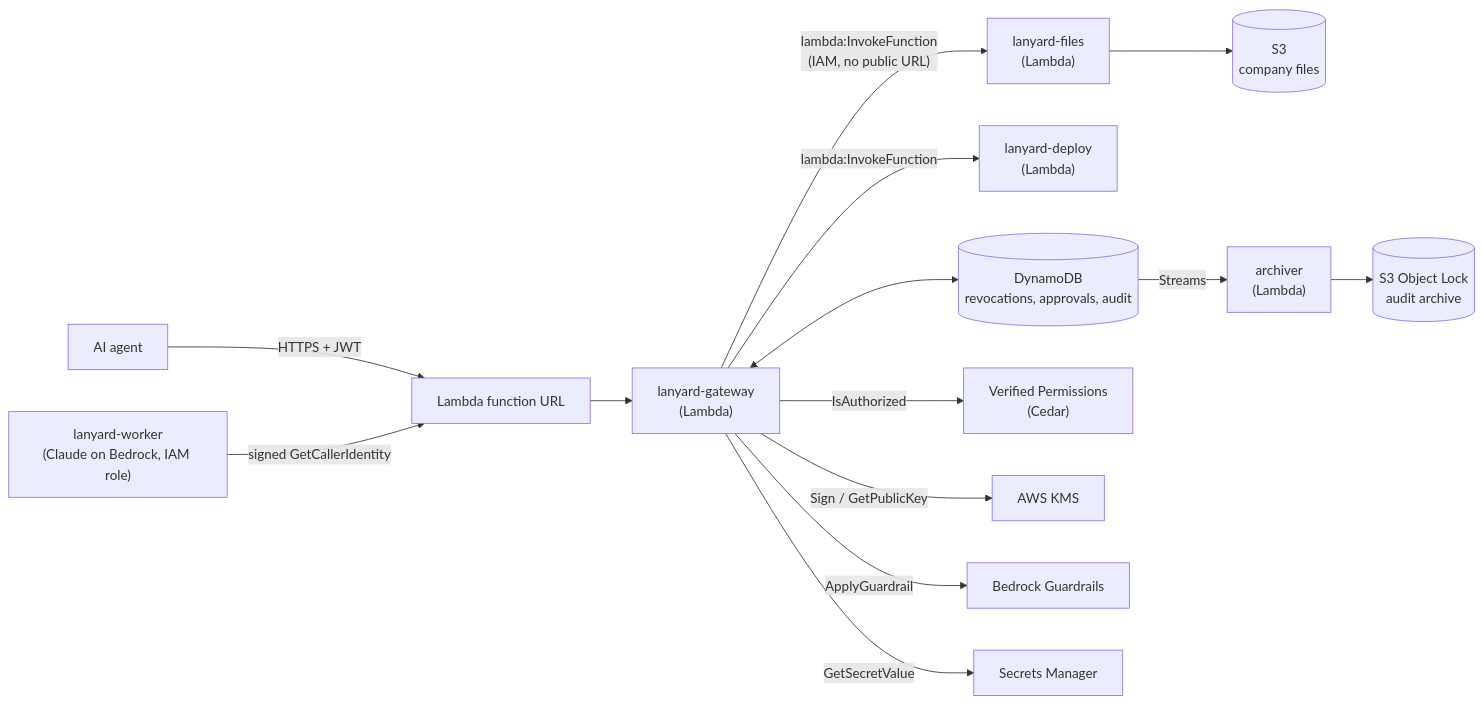
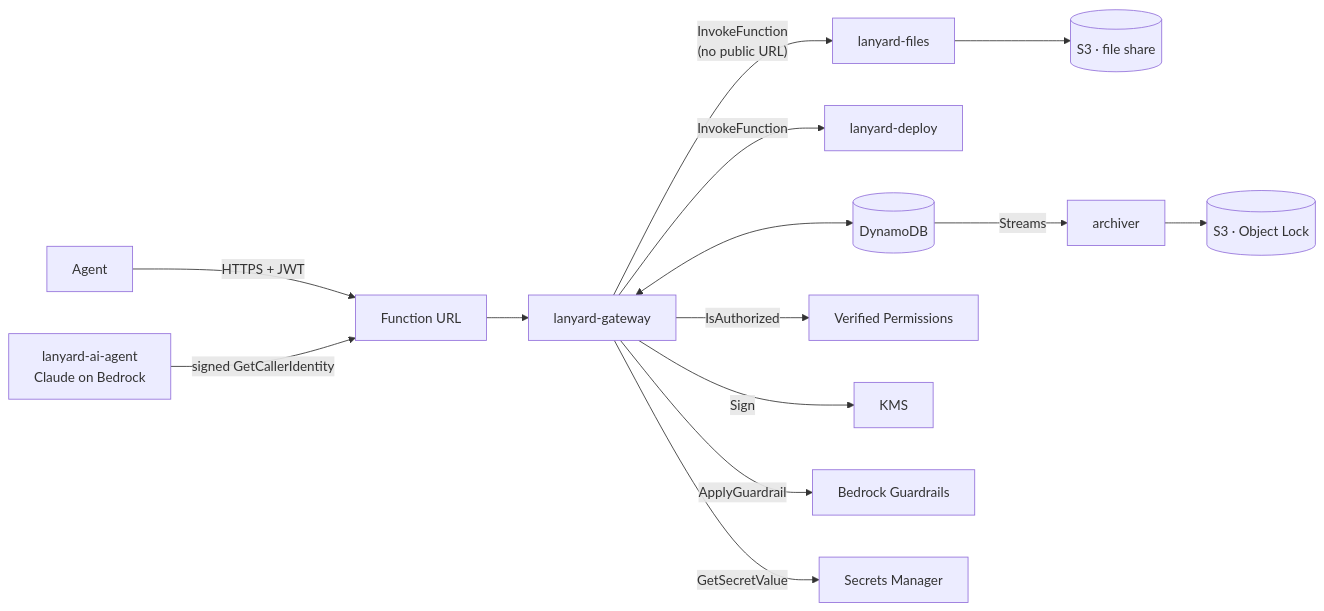
Before and after one commit to akrai37/Lanyard: the third of 3 diagrams in README.md, drawn with Mermaid. The commit also changed other lines of this file, not shown here.

Commit message:
README: rewrite around the design, request path, identity, Cedar policy, revocation guarantees, threat model

````diff
--- a/README.md
+++ b/README.md
@@ -129,15 +163,15 @@
 ```mermaid
 flowchart LR
-    A["AI agent"] -- "HTTPS + JWT" --> U["Lambda function URL"]
-    U --> G["lanyard-gateway<br/>(Lambda)"]
-    G -- "lambda:InvokeFunction<br/>(IAM, no public URL)" --> F["lanyard-files<br/>(Lambda)"]
-    G -- "lambda:InvokeFunction" --> D["lanyard-deploy<br/>(Lambda)"]
-    F --> S3[("S3<br/>company files")]
-    G <--> T[("DynamoDB<br/>revocations, approvals, audit")]
-    G -- "IsAuthorized" --> AVP["Verified Permissions<br/>(Cedar)"]
-    G -- "Sign / GetPublicKey" --> K["AWS KMS"]
+    A["Agent"] -- "HTTPS + JWT" --> U["Function URL"]
+    U --> G["lanyard-gateway"]
+    G -- "InvokeFunction<br/>(no public URL)" --> F["lanyard-files"]
+    G -- "InvokeFunction" --> D["lanyard-deploy"]
+    F --> S3[("S3 · file share")]
+    G <--> T[("DynamoDB")]
+    G -- "IsAuthorized" --> AVP["Verified Permissions"]
+    G -- "Sign" --> K["KMS"]
     G -- "ApplyGuardrail" --> B["Bedrock Guardrails"]
     G -- "GetSecretValue" --> SM["Secrets Manager"]
-    T -- "Streams" --> AR["archiver<br/>(Lambda)"] --> OL[("S3 Object Lock<br/>audit archive")]
-    W["lanyard-worker<br/>(Claude on Bedrock, IAM role)"] -- "signed GetCallerIdentity" --> U
+    T -- "Streams" --> AR["archiver"] --> OL[("S3 · Object Lock")]
+    W["lanyard-ai-agent<br/>Claude on Bedrock"] -- "signed GetCallerIdentity" --> U
 ```
````
